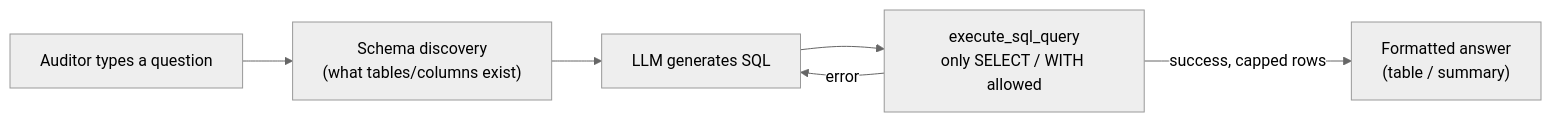
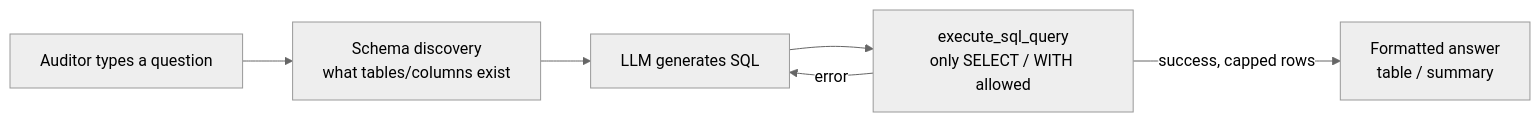
One commit to shrav-jally/Cognizant_ACE_prep changed the sixth of 13 diagrams in README.md. Above: the diagram before and after it, drawn with Mermaid (neutral theme). The commit also changed other lines of this file, not shown here.

````diff
--- a/README.md
+++ b/README.md
@@ -520,8 +516,8 @@
 ```mermaid
 flowchart LR
-    Q["Auditor types a question"] --> D["Schema discovery\n(what tables/columns exist)"]
+    Q["Auditor types a question"] --> D["Schema discovery<br/>what tables/columns exist"]
     D --> G["LLM generates SQL"]
-    G --> E["execute_sql_query\nonly SELECT / WITH allowed"]
+    G --> E["execute_sql_query<br/>only SELECT / WITH allowed"]
     E -->|"error"| G
-    E -->|"success, capped rows"| O["Formatted answer\n(table / summary)"]
+    E -->|"success, capped rows"| O["Formatted answer<br/>table / summary"]
 ```
````
